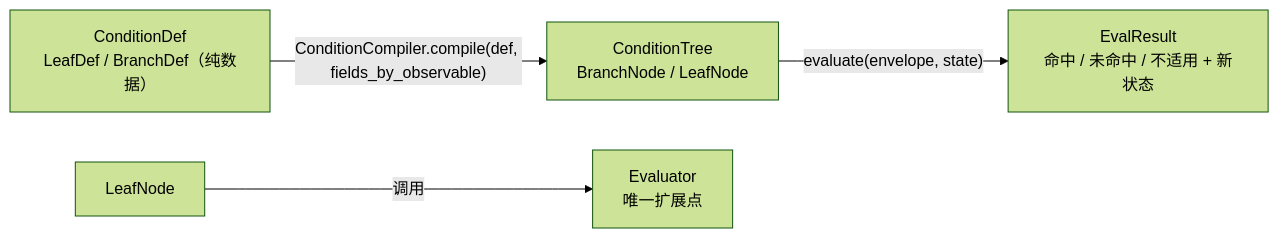
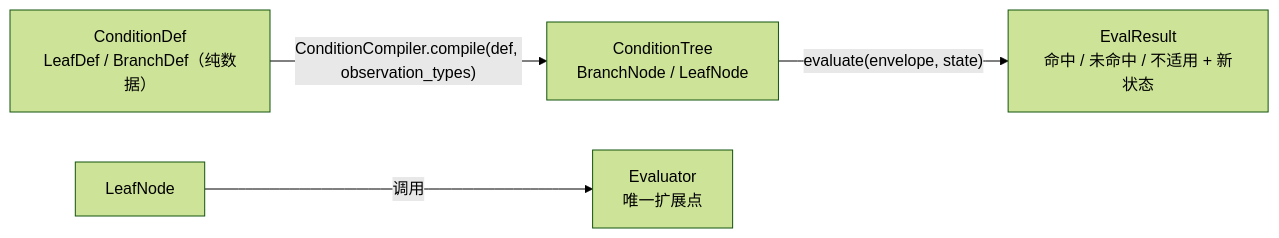
The fifth of 5 diagrams in README.md (Jeromexsu/Orion), drawn with Mermaid (forest theme) before and after one commit. The commit also changed other lines of this file and 6 other files, not shown here.

First line of the commit message:
refactor(condition_engine): compile against observation classes, not field sets

````diff
--- a/README.md
+++ b/README.md
@@ -310,6 +310,6 @@
 ```mermaid
 graph LR
-  CD["ConditionDef<br/>LeafDef / BranchDef（纯数据）"] -->|"ConditionCompiler.compile(def, fields_by_observable)"| CT["ConditionTree<br/>BranchNode / LeafNode"]
+  CD["ConditionDef<br/>LeafDef / BranchDef（纯数据）"] -->|"ConditionCompiler.compile(def, observation_types)"| CT["ConditionTree<br/>BranchNode / LeafNode"]
   CT -->|"evaluate(envelope, state)"| ER["EvalResult<br/>命中 / 未命中 / 不适用 + 新状态"]
   LN["LeafNode"] -->|调用| EV["Evaluator<br/>唯一扩展点"]
 ```
````
